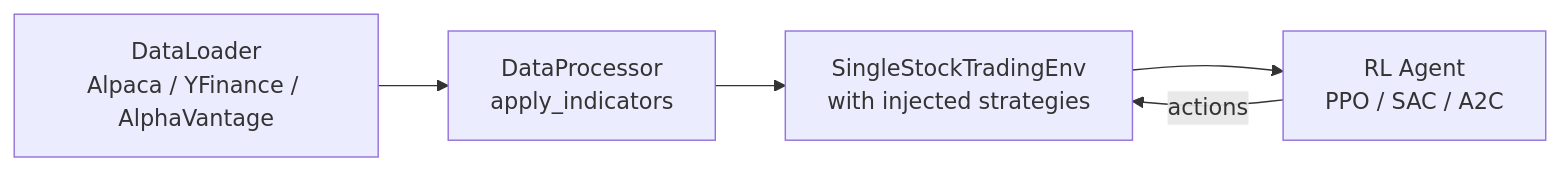
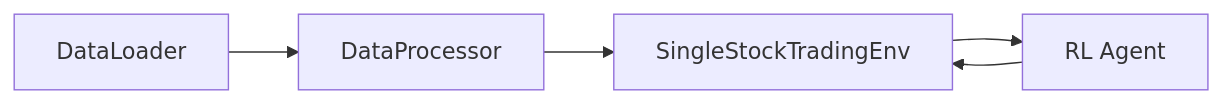
Before and after one commit to edu-ai/QuantRL-Lab: the diagram in docs/index.md, drawn with Mermaid. The commit also changed 10 other files, not shown here.

Commit message:
fix broken mermaid diagrams in docs

````diff
--- a/docs/index.md
+++ b/docs/index.md
@@ -87,7 +87,7 @@
 ```mermaid
-graph LR
-    A[DataLoader<br/>Alpaca / YFinance / AlphaVantage] --> B[DataProcessor<br/>apply_indicators]
-    B --> C[SingleStockTradingEnv<br/>with injected strategies]
-    C --> D[RL Agent<br/>PPO / SAC / A2C]
-    D -->|actions| C
+flowchart LR
+    A[DataLoader] --> B[DataProcessor]
+    B --> C[SingleStockTradingEnv]
+    C --> D[RL Agent]
+    D --> C
 ```
````
